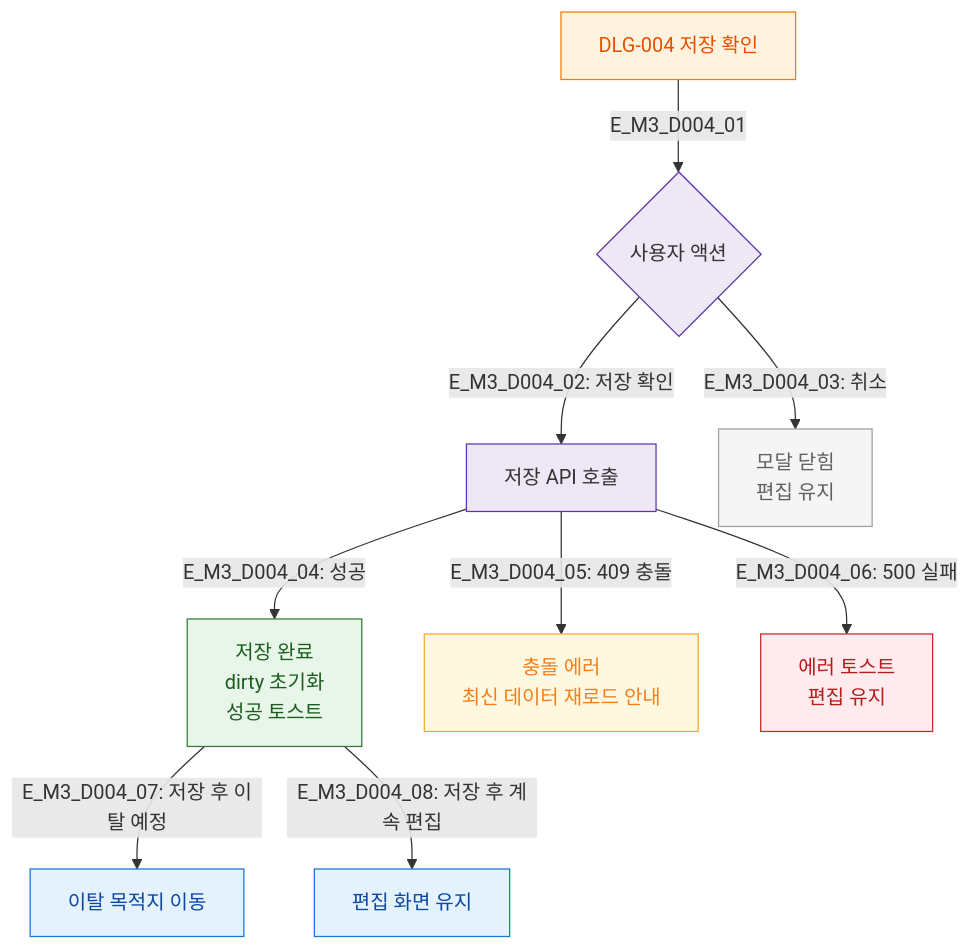
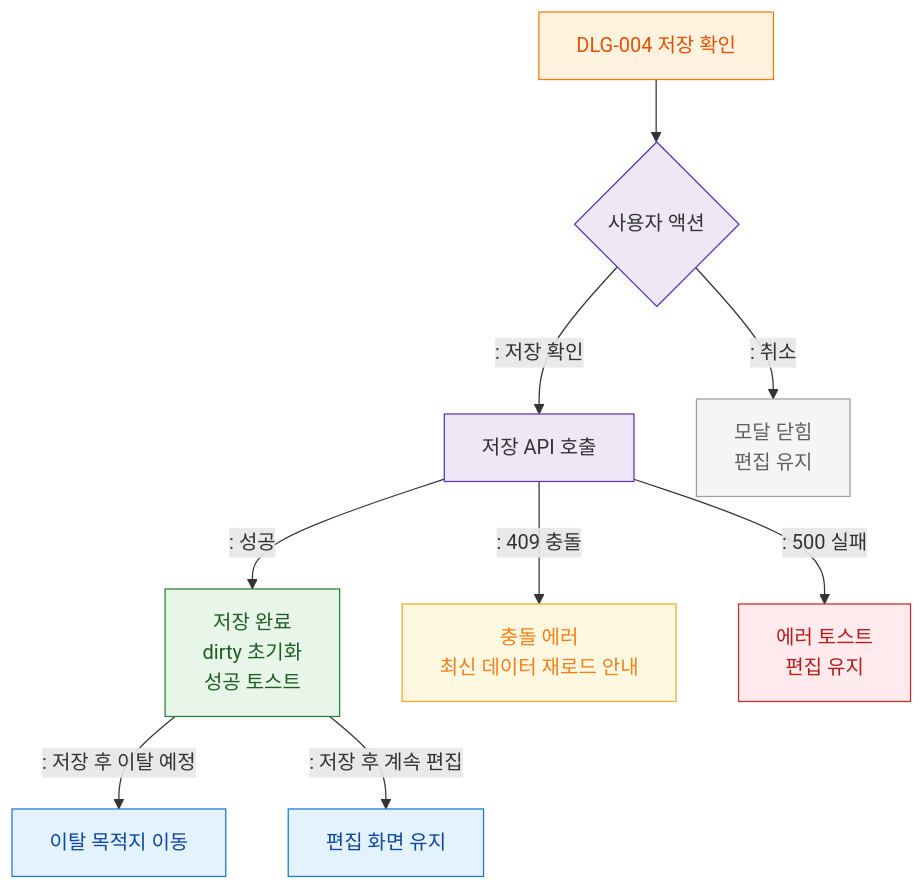
The diagram in docs/다이어그램/D01_공통/DLG/DLG-004_저장확인/M3_결과분기.md (dev-spogym/admin-pando), drawn with Mermaid before and after one commit. The commit also changed other lines of this file and 1660 other files, not shown here.

First line of the commit message:
다이어그램: 기획자/클라이언트 납품본으로 정리

````diff
--- a/docs/다이어그램/D01_공통/DLG/DLG-004_저장확인/M3_결과분기.md
+++ b/docs/다이어그램/D01_공통/DLG/DLG-004_저장확인/M3_결과분기.md
@@ -19,29 +17,29 @@
 ```mermaid
 flowchart TD
-    DLG_004[DLG-004 저장 확인] -->|E_M3_D004_01| ACTION{사용자 액션}
+    DLG_004[DLG-004 저장 확인] --> ACTION{사용자 액션}
 
-    ACTION -->|"E_M3_D004_02: 저장 확인"| SAVE_API[저장 API 호출]
-    ACTION -->|"E_M3_D004_03: 취소"| RESULT_CANCEL[모달 닫힘\n편집 유지]
+    ACTION -->|": 저장 확인"|SAVE_API[저장 API 호출]
+    ACTION -->|": 취소"|RESULT_CANCEL[모달 닫힘\n편집 유지]
 
-    SAVE_API -->|"E_M3_D004_04: 성공"| RESULT_OK[저장 완료\ndirty 초기화\n성공 토스트]
-    SAVE_API -->|"E_M3_D004_05: 409 충돌"| RESULT_CONFLICT[충돌 에러\n최신 데이터 재로드 안내]
-    SAVE_API -->|"E_M3_D004_06: 500 실패"| RESULT_ERR[에러 토스트\n편집 유지]
+    SAVE_API -->|": 성공"|RESULT_OK[저장 완료\ndirty 초기화\n성공 토스트]
+    SAVE_API -->|": 409 충돌"|RESULT_CONFLICT[충돌 에러\n최신 데이터 재로드 안내]
+    SAVE_API -->|": 500 실패"|RESULT_ERR[에러 토스트\n편집 유지]
 
-    RESULT_OK -->|"E_M3_D004_07: 저장 후 이탈 예정"| NAV[이탈 목적지 이동]
-    RESULT_OK -->|"E_M3_D004_08: 저장 후 계속 편집"| STAY[편집 화면 유지]
+    RESULT_OK -->|": 저장 후 이탈 예정"|NAV[이탈 목적지 이동]
+    RESULT_OK -->|": 저장 후 계속 편집"|STAY[편집 화면 유지]
 
-    classDef screen  fill:#E3F2FD,stroke:#1976D2,color:#0D47A1
-    classDef modal   fill:#FFF3E0,stroke:#F57C00,color:#E65100
-    classDef system  fill:#EDE7F6,stroke:#5E35B2
+    classDef screen fill:#E3F2FD,stroke:#1976D2,color:#0D47A1
+    classDef modal fill:#FFF3E0,stroke:#F57C00,color:#E65100
+    classDef system fill:#EDE7F6,stroke:#5E35B2
     classDef success fill:#E8F5E9,stroke:#2E7D32,color:#1B5E20
-    classDef error   fill:#FFEBEE,stroke:#C62828,color:#B71C1C
+    classDef error fill:#FFEBEE,stroke:#C62828,color:#B71C1C
     classDef warning fill:#FFF8E1,stroke:#F9A825,color:#F57F17
     classDef rbacBlocked fill:#F5F5F5,stroke:#9E9E9E,color:#616161
     class NAV,STAY screen
     class DLG_004 modal
     class ACTION,SAVE_API system
     class RESULT_OK success
     class RESULT_ERR error
     class RESULT_CONFLICT warning
     class RESULT_CANCEL rbacBlocked
 ```
````
